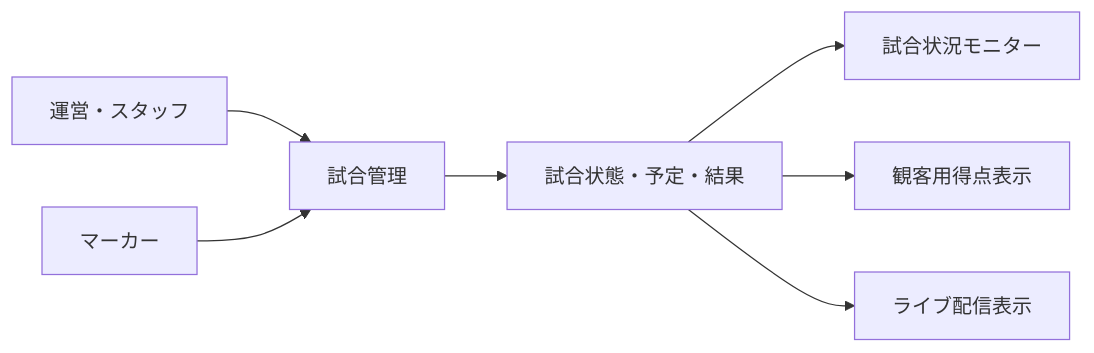
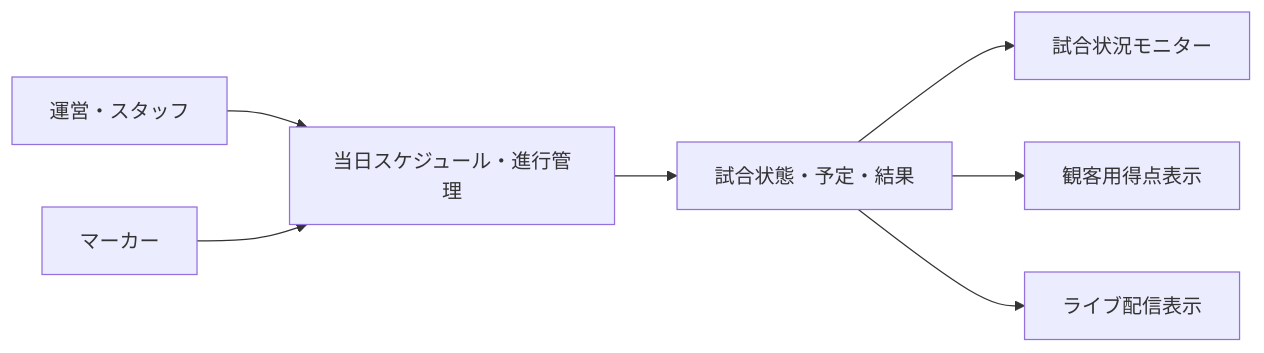
One commit to Miraisosha/S-NICK-Platform changed the eighth of 11 diagrams in docs/03_service-domain-plan.md. Above: the diagram before and after it, drawn with Mermaid. The commit also changed other lines of this file and 33 other files, not shown here.

````diff
--- a/docs/03_service-domain-plan.md
+++ b/docs/03_service-domain-plan.md
@@ -541,9 +685,9 @@
 ```mermaid
 flowchart LR
-    Staff["運営・スタッフ"] --> MatchAdmin["試合管理"]
+    Staff["運営・スタッフ"] --> MatchAdmin["当日スケジュール・進行管理"]
     Marker["マーカー"] --> MatchAdmin
     MatchAdmin --> Status["試合状態・予定・結果"]
     Status --> Monitor["試合状況モニター"]
     Status --> Scoreboard["観客用得点表示"]
     Status --> Stream["ライブ配信表示"]
 ```
````
